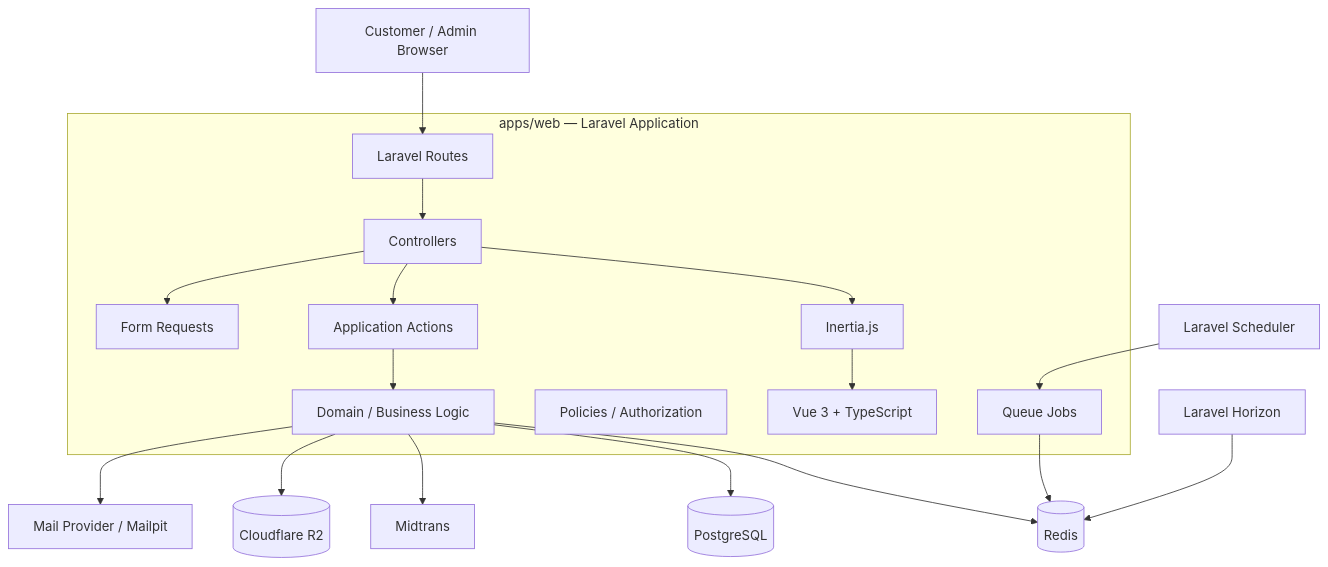
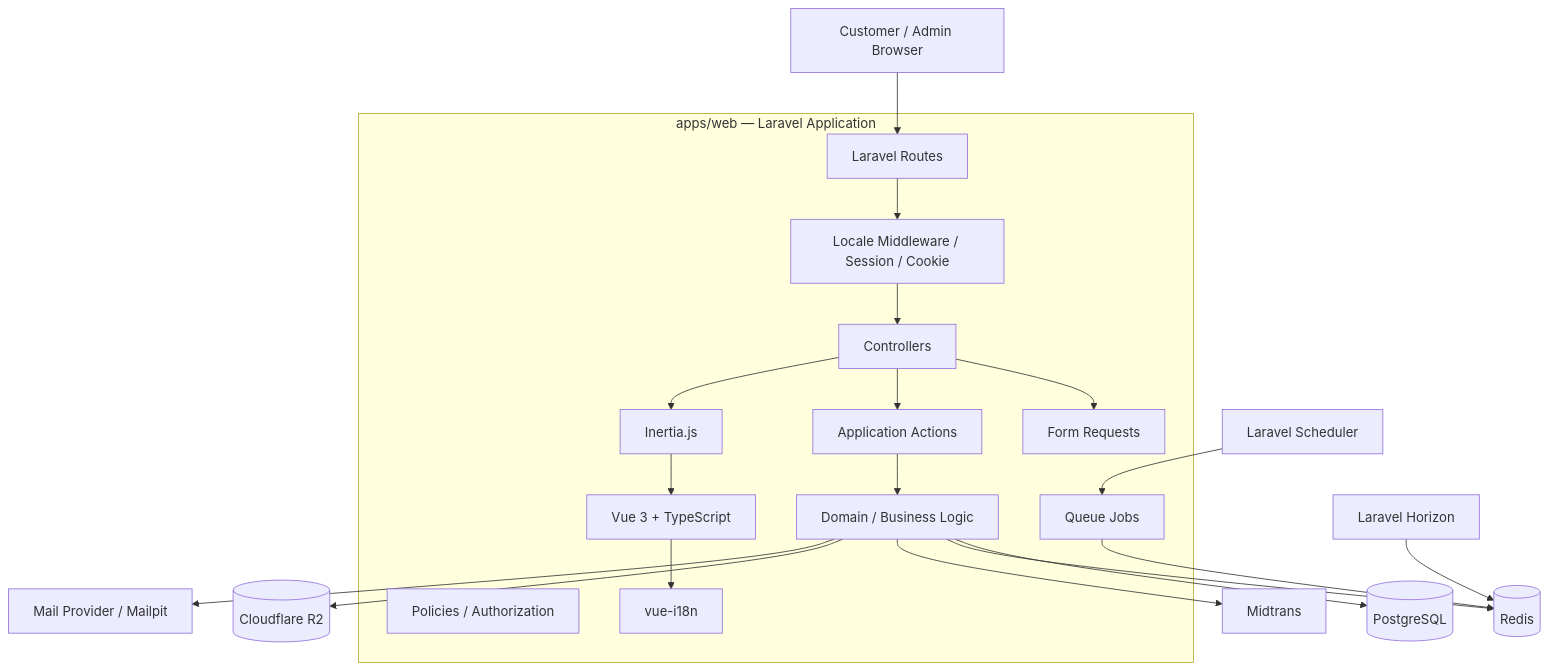
Before and after one commit to kevinnazarr/wiyasa-villa: the first of 7 diagrams in docs/ARCHITECTURE.md, drawn with Mermaid. The commit also changed other lines of this file and 8 other files, not shown here.

````diff
--- a/docs/ARCHITECTURE.md
+++ b/docs/ARCHITECTURE.md
@@ -105,42 +112,46 @@
 ```mermaid
 flowchart TB
     Browser[Customer / Admin Browser]
 
     subgraph App["apps/web — Laravel Application"]
         Routes[Laravel Routes]
         Controllers[Controllers]
         Requests[Form Requests]
         Actions[Application Actions]
         Domain[Domain / Business Logic]
         Policies[Policies / Authorization]
+        Locale[Locale Middleware / Session / Cookie]
         Inertia[Inertia.js]
         Vue[Vue 3 + TypeScript]
+        VueI18n[vue-i18n]
         Jobs[Queue Jobs]
     end
 
     DB[(PostgreSQL)]
     Redis[(Redis)]
     R2[(Cloudflare R2)]
     Midtrans[Midtrans]
     Mail[Mail Provider / Mailpit]
     Horizon[Laravel Horizon]
     Scheduler[Laravel Scheduler]
 
     Browser --> Routes
-    Routes --> Controllers
+    Routes --> Locale
+    Locale --> Controllers
     Controllers --> Requests
     Controllers --> Actions
     Actions --> Domain
     Domain --> DB
     Domain --> Redis
     Domain --> Midtrans
     Domain --> R2
     Domain --> Mail
 
     Controllers --> Inertia
     Inertia --> Vue
+    Vue --> VueI18n
 
     Jobs --> Redis
     Horizon --> Redis
     Scheduler --> Jobs
 ```
````
